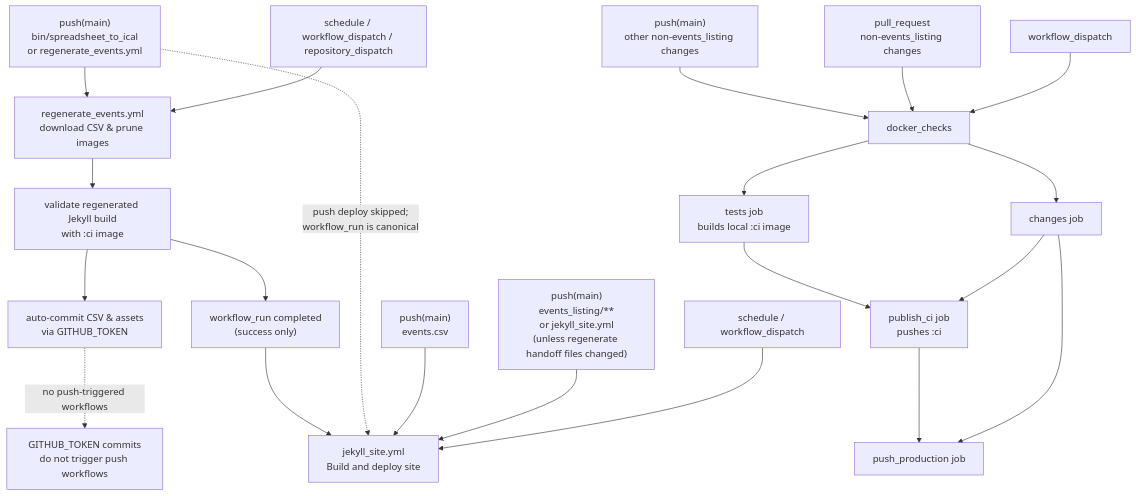
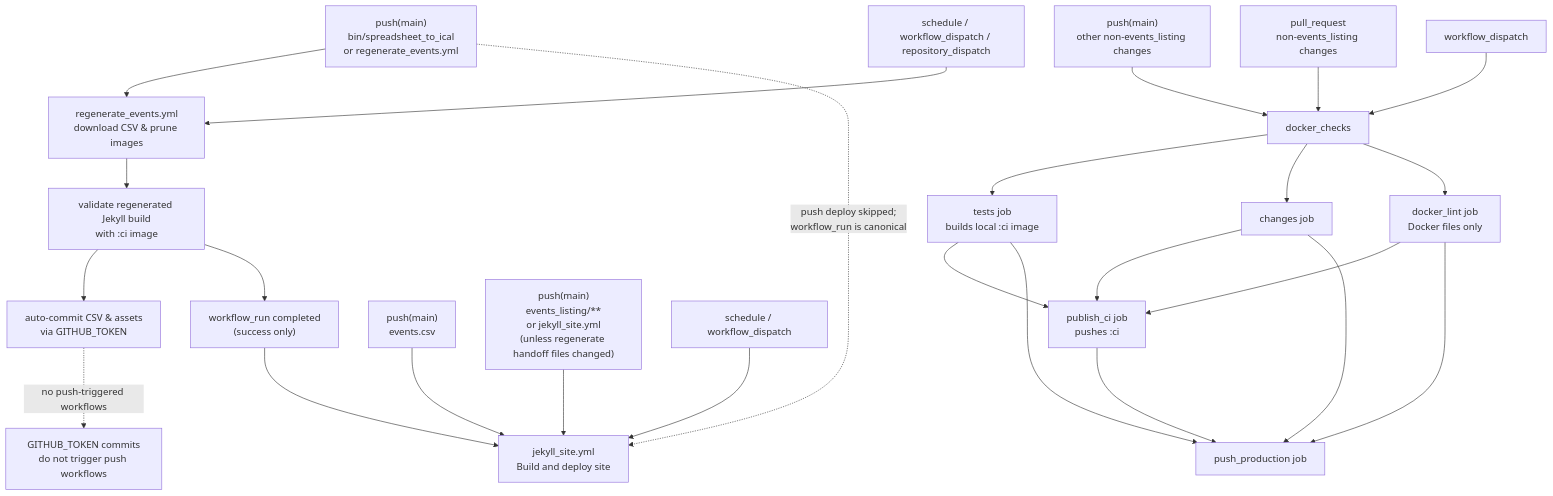
Before and after one commit to zewelor/ps_events: the diagram in .github/workflows/README.md, drawn with Mermaid. The commit also changed 1 other file, not shown here.

Commit message:
docs: synchronize Docker workflow map

````diff
--- a/.github/workflows/README.md
+++ b/.github/workflows/README.md
@@ -9,29 +9,33 @@
 ```mermaid
 flowchart TD
     push_regen["push(main)<br/>bin/spreadsheet_to_ical<br/>or regenerate_events.yml"] --> regenerate["regenerate_events.yml<br/>download CSV & prune images"]
     schedule_regen["schedule / workflow_dispatch / repository_dispatch"] --> regenerate
 
     regenerate --> regen_validate["validate regenerated Jekyll build<br/>with :ci image"]
     regen_validate --> regen_commit["auto-commit CSV & assets<br/>via GITHUB_TOKEN"]
     regen_validate --> regen_complete["workflow_run completed<br/>(success only)"]
     regen_complete --> jekyll["jekyll_site.yml<br/>Build and deploy site"]
 
     regen_commit -. no push-triggered workflows .-> token_note["GITHUB_TOKEN commits<br/>do not trigger push workflows"]
     push_regen -. push deploy skipped;<br/>workflow_run is canonical .-> jekyll
 
     push_events["push(main)<br/>events.csv"] --> jekyll
 
     push_site["push(main)<br/>events_listing/**<br/>or jekyll_site.yml<br/>(unless regenerate handoff files changed)"] --> jekyll
     schedule_site["schedule / workflow_dispatch"] --> jekyll
 
     push_backend["push(main)<br/>other non-events_listing changes"] --> docker_checks
     pr_backend["pull_request<br/>non-events_listing changes"] --> docker_checks
     dispatch_backend["workflow_dispatch"] --> docker_checks
 
     docker_checks --> docker_tests["tests job<br/>builds local :ci image"]
     docker_checks --> docker_changes["changes job"]
+    docker_checks --> docker_lint["docker_lint job<br/>Docker files only"]
     docker_tests --> docker_ci["publish_ci job<br/>pushes :ci"]
     docker_changes --> docker_ci
+    docker_lint --> docker_ci
     docker_ci --> docker_production["push_production job"]
     docker_changes --> docker_production
+    docker_tests --> docker_production
+    docker_lint --> docker_production
 ```
````
